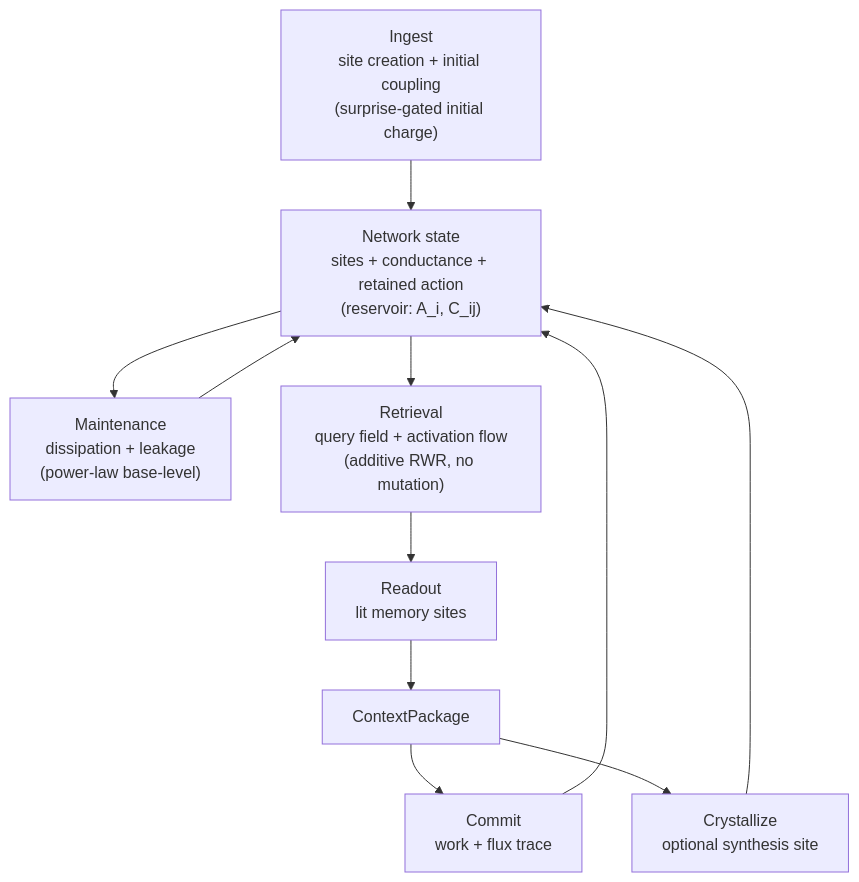
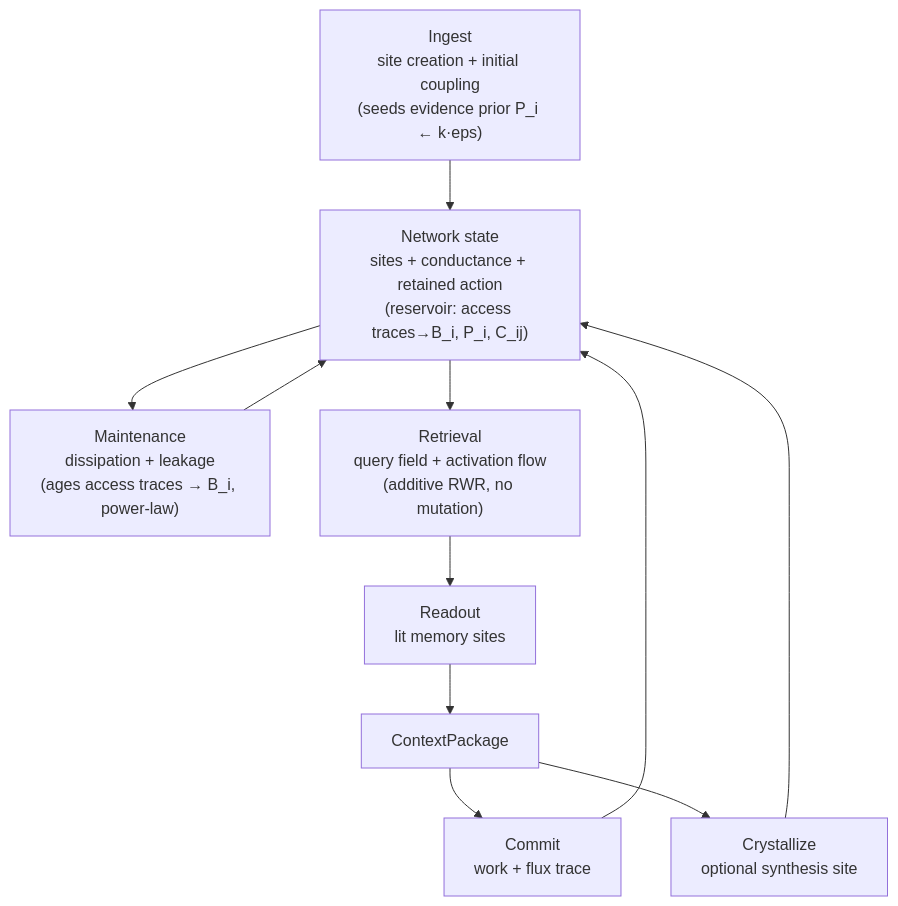
One commit to INONONO66/anamnesis changed the diagram in docs/04-cognitive-dynamics/overview.md. Above: the diagram before and after it, drawn with Mermaid. The commit also changed other lines of this file and 18 other files, not shown here.

First line of the commit message:
docs(techspec): ACT-R multi-trace base-level + evidence-prior decomposition

````diff
--- a/docs/04-cognitive-dynamics/overview.md
+++ b/docs/04-cognitive-dynamics/overview.md
@@ -26,13 +26,13 @@
 ```mermaid
 flowchart TB
-    ingest["Ingest<br/>site creation + initial coupling<br/>(surprise-gated initial charge)"] --> state["Network state<br/>sites + conductance + retained action<br/>(reservoir: A_i, C_ij)"]
-    maintain["Maintenance<br/>dissipation + leakage<br/>(power-law base-level)"] --> state
+    ingest["Ingest<br/>site creation + initial coupling<br/>(seeds evidence prior P_i ← k·eps)"] --> state["Network state<br/>sites + conductance + retained action<br/>(reservoir: access traces→B_i, P_i, C_ij)"]
+    maintain["Maintenance<br/>dissipation + leakage<br/>(ages access traces → B_i, power-law)"] --> state
     retrieval["Retrieval<br/>query field + activation flow<br/>(additive RWR, no mutation)"] --> readout["Readout<br/>lit memory sites"]
     readout --> package["ContextPackage"]
     package --> commit["Commit<br/>work + flux trace"]
     commit --> state
     state --> maintain
     state --> retrieval
     package --> crystallize["Crystallize<br/>optional synthesis site"]
     crystallize --> state
 ```
````
